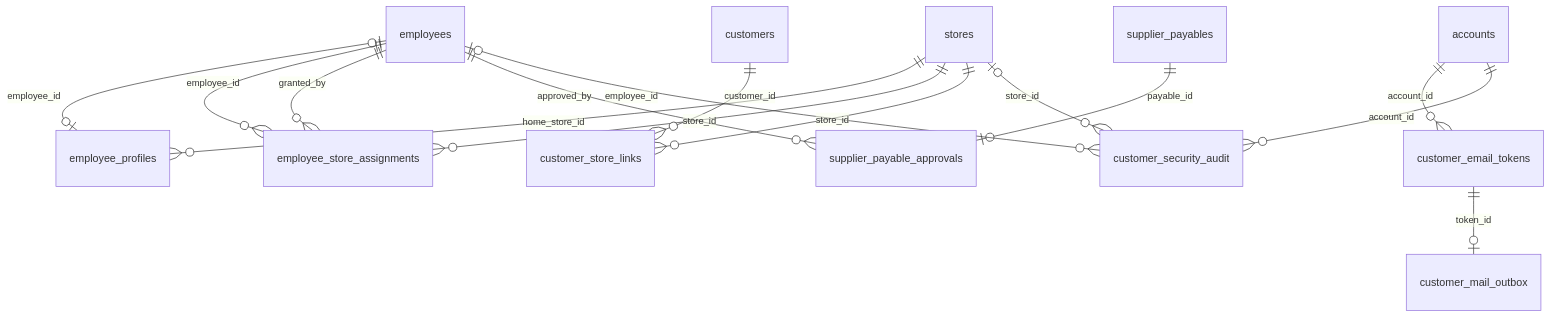
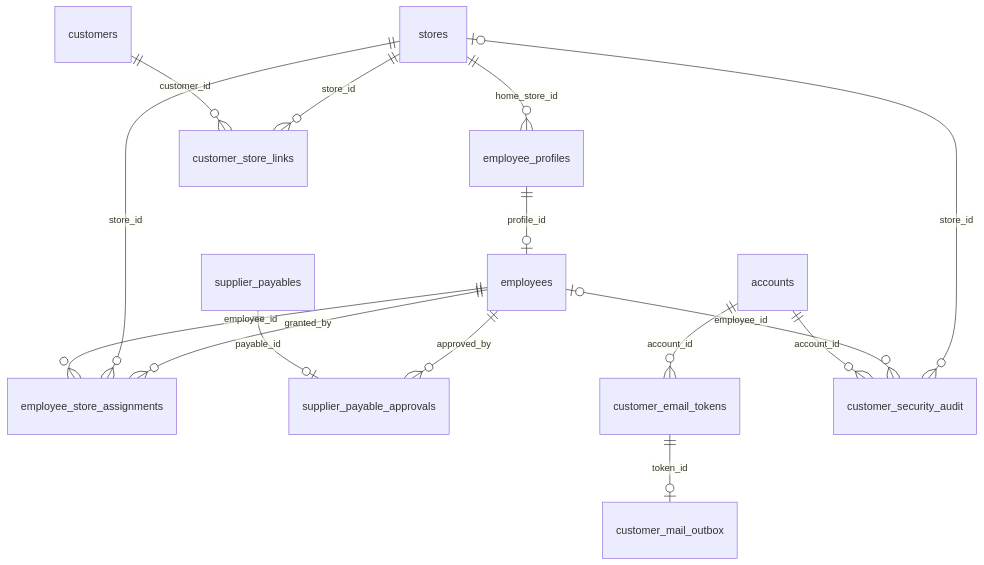
The sixth of 6 diagrams in docs/diagrams/current_erd.md (hoanganh1601/cyberhub-manager), drawn with Mermaid before and after one commit. The commit also changed other lines of this file and 47 other files, not shown here.

Commit message:
feat(db): enforce strict 3NF schema and MySQL integrity guards (028-030)

````diff
--- a/docs/diagrams/current_erd.md
+++ b/docs/diagrams/current_erd.md
@@ -153,17 +157,17 @@
 ```mermaid
 erDiagram
-    employees o|--o| employee_profiles : employee_id
+    employee_profiles ||--o| employees : profile_id
     stores ||--o{ employee_profiles : home_store_id
     employees ||--o{ employee_store_assignments : employee_id
     stores ||--o{ employee_store_assignments : store_id
     employees ||--o{ employee_store_assignments : granted_by
     customers ||--o{ customer_store_links : customer_id
     stores ||--o{ customer_store_links : store_id
     supplier_payables ||--o| supplier_payable_approvals : payable_id
     employees ||--o{ supplier_payable_approvals : approved_by
     accounts ||--o{ customer_email_tokens : account_id
     customer_email_tokens ||--o| customer_mail_outbox : token_id
     accounts ||--o{ customer_security_audit : account_id
     employees o|--o{ customer_security_audit : employee_id
     stores o|--o{ customer_security_audit : store_id
 ```
````
